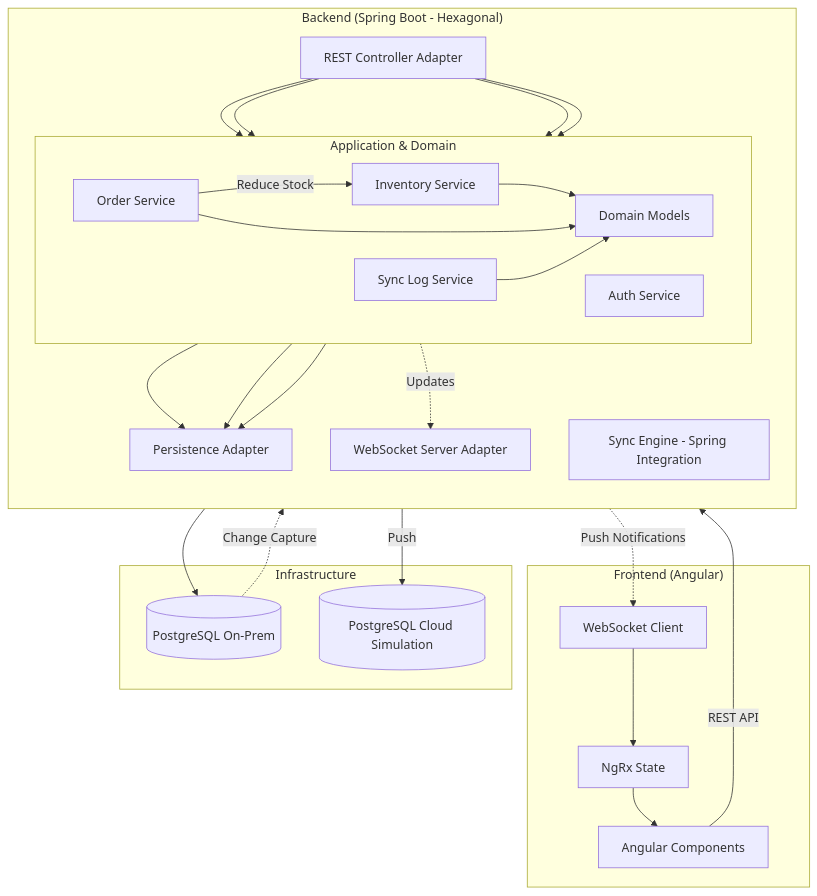
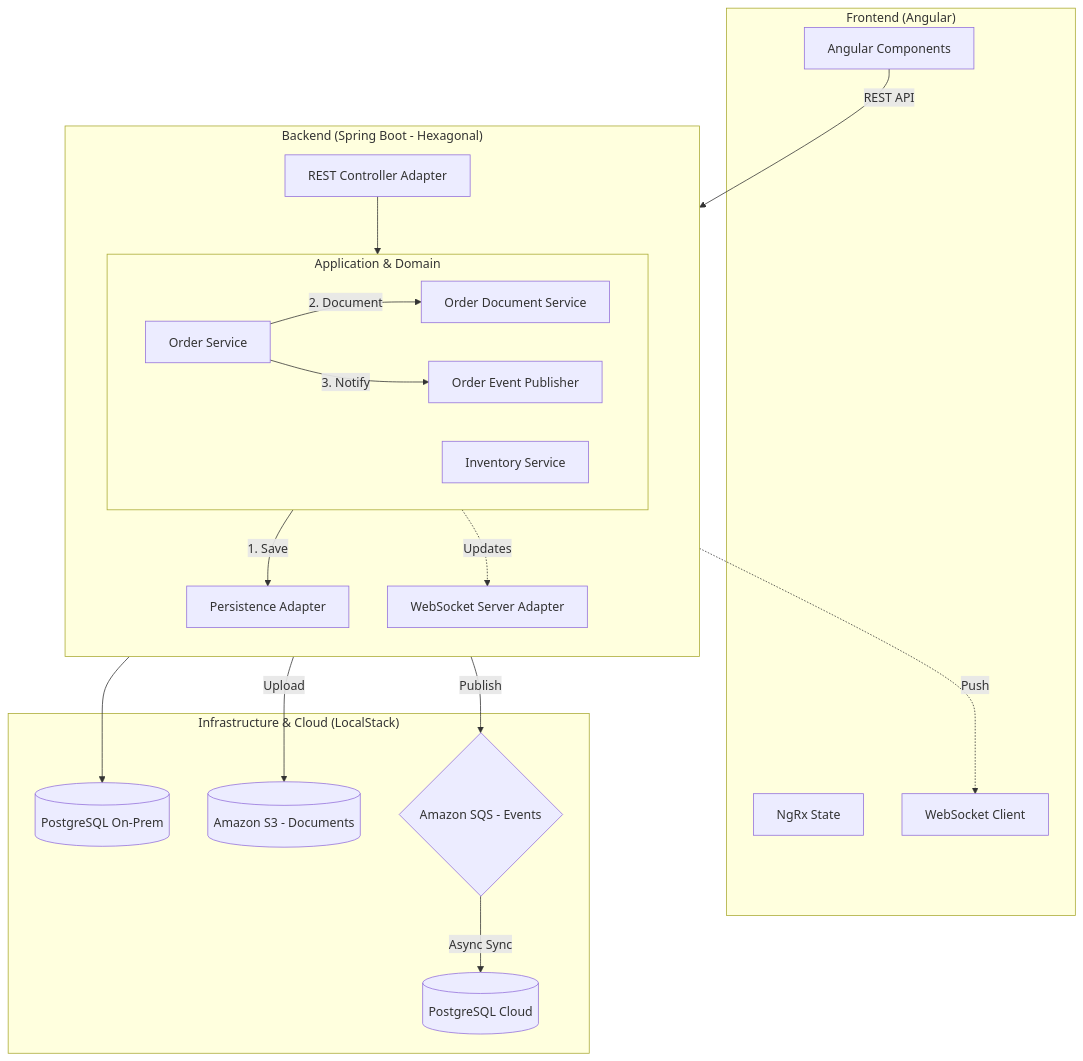
Before and after one commit to dawidbera/hybrid-scm-hub: the diagram in README.md, drawn with Mermaid. The commit also changed other lines of this file and 4 other files, not shown here.

Commit message:
feat(infra): add LocalStack for AWS S3 and SQS simulation

````diff
--- a/README.md
+++ b/README.md
@@ -141,58 +143,49 @@
 ```mermaid
 graph TD
     subgraph "Frontend (Angular)"
         UI[Angular Components]
         Store[NgRx State]
         WS_Client[WebSocket Client]
     end
 
     subgraph "Backend (Spring Boot - Hexagonal)"
         direction TB
         REST[REST Controller Adapter]
         WS_Server[WebSocket Server Adapter]
         
         subgraph "Application & Domain"
             direction LR
+            OrderSvc[Order Service]
             InventorySvc[Inventory Service]
-            OrderSvc[Order Service]
-            SyncSvc[Sync Log Service]
-            AuthSvc[Auth Service]
-            Domain[Domain Models]
+            DocSvc[Order Document Service]
+            EventPub[Order Event Publisher]
         end
         
         Persist[Persistence Adapter]
-        Sync[Sync Engine - Spring Integration]
     end
 
-    subgraph "Infrastructure"
+    subgraph "Infrastructure & Cloud (LocalStack)"
         DB_Local[(PostgreSQL On-Prem)]
-        DB_Cloud[(PostgreSQL Cloud Simulation)]
+        DB_Cloud[(PostgreSQL Cloud)]
+        S3[(Amazon S3 - Documents)]
+        SQS{Amazon SQS - Events}
     end
 
     %% Flow
     UI -->|REST API| REST
-    REST --> AuthSvc
-    REST --> InventorySvc
     REST --> OrderSvc
-    REST --> SyncSvc
     
-    OrderSvc -->|Reduce Stock| InventorySvc
-    
-    InventorySvc --> Domain
-    OrderSvc --> Domain
-    SyncSvc --> Domain
-    
-    InventorySvc --> Persist
-    OrderSvc --> Persist
-    SyncSvc --> Persist
-    
+    OrderSvc -->|1. Save| Persist
     Persist --> DB_Local
     
-    DB_Local -.->|Change Capture| Sync
-    Sync -->|Push| DB_Cloud
+    OrderSvc -->|2. Document| DocSvc
+    DocSvc -->|Upload| S3
+    
+    OrderSvc -->|3. Notify| EventPub
+    EventPub -->|Publish| SQS
+    
+    SQS -->|Async Sync| DB_Cloud
     
     InventorySvc -.->|Updates| WS_Server
-    WS_Server -.->|Push Notifications| WS_Client
-    WS_Client --> Store
-    Store --> UI
+    WS_Server -.->|Push| WS_Client
 ```
````
